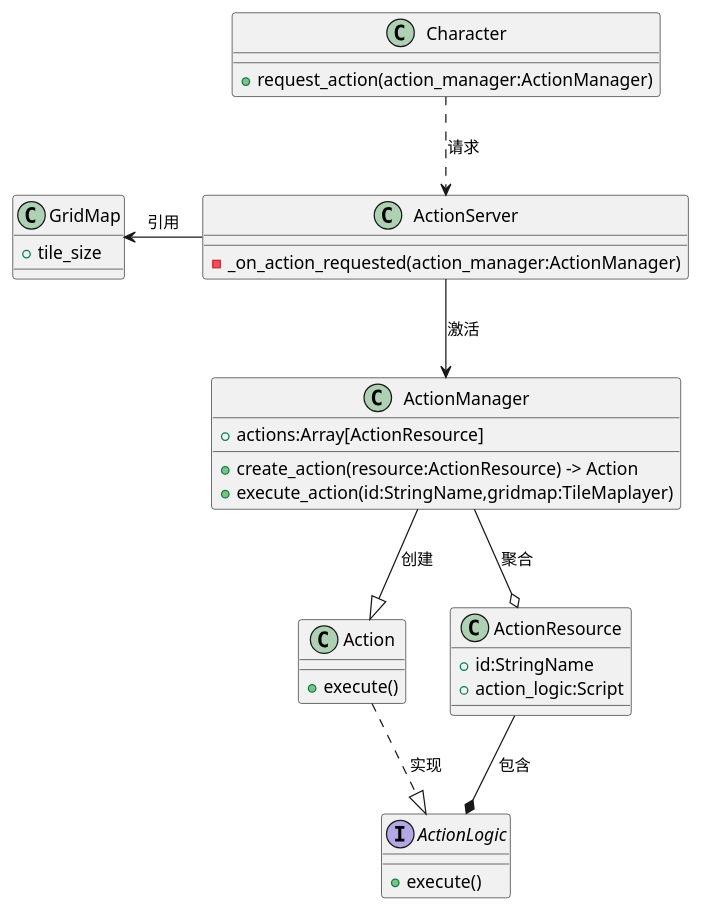
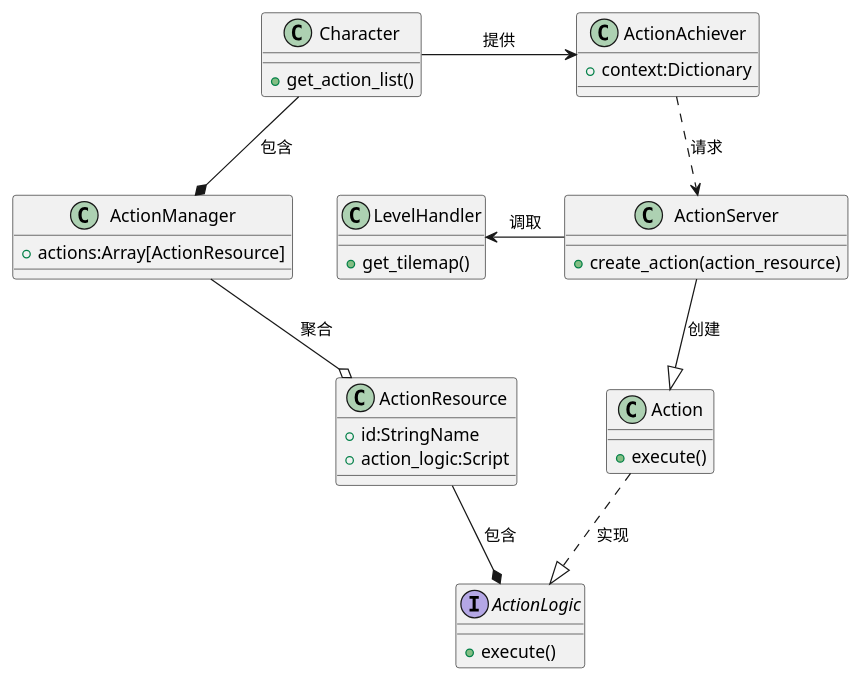
Before and after one commit to minkieyume/nightcat-srpg: the diagram in 程序架构/行动系统.org, drawn with PlantUML. The commit also changed 5 other files, not shown here.

```diff
--- a/程序架构/行动系统.org
+++ b/程序架构/行动系统.org
@@ -7,34 +7,36 @@
 #+begin_src plantuml :file action_struct.png
 class Character{
-+ request_action(action_manager:ActionManager)
++ get_action_list()
 }
 class Action{
 + execute()
 }
 class ActionManager{
 + actions:Array[ActionResource]
-+ create_action(resource:ActionResource) -> Action
-+ execute_action(id:StringName,gridmap:TileMaplayer)
 }
 class ActionResource{
 + id:StringName
 + action_logic:Script
 }
 class ActionServer{
-- _on_action_requested(action_manager:ActionManager)
++ create_action(action_resource)
 }
-class GridMap{
-+ tile_size
+class LevelHandler{
++ get_tilemap()
+}
+class ActionAchiever{
++ context:Dictionary
 }
 interface ActionLogic{
 + execute()
 }
 
+ActionAchiever ..> ActionServer : 请求
+Character -right-> ActionAchiever : 提供
 Action ..|> ActionLogic : 实现
-ActionManager --|> Action : 创建
+ActionServer --|> Action : 创建
+ActionResource --* ActionLogic : 包含
+ActionServer -left-> LevelHandler : 调取
 ActionManager --o ActionResource : 聚合
-ActionResource --* ActionLogic : 包含
-Character ..> ActionServer : 请求
-ActionServer --> ActionManager : 激活
-ActionServer -left-> GridMap : 引用
+Character --* ActionManager : 包含
 #+end_src
```
